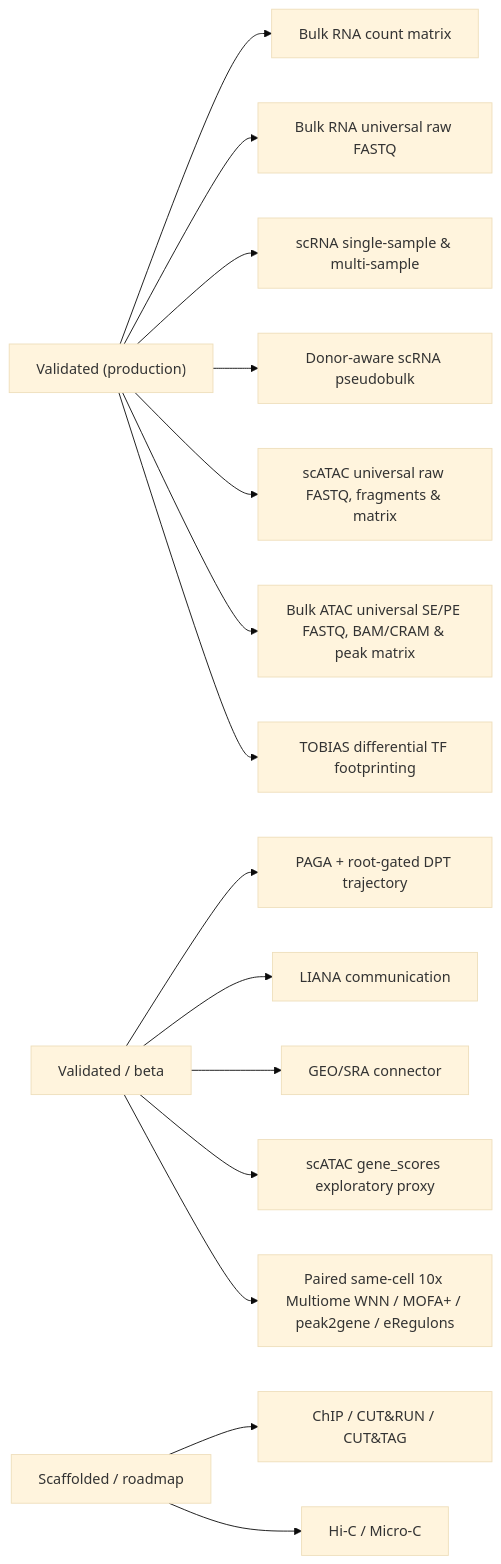
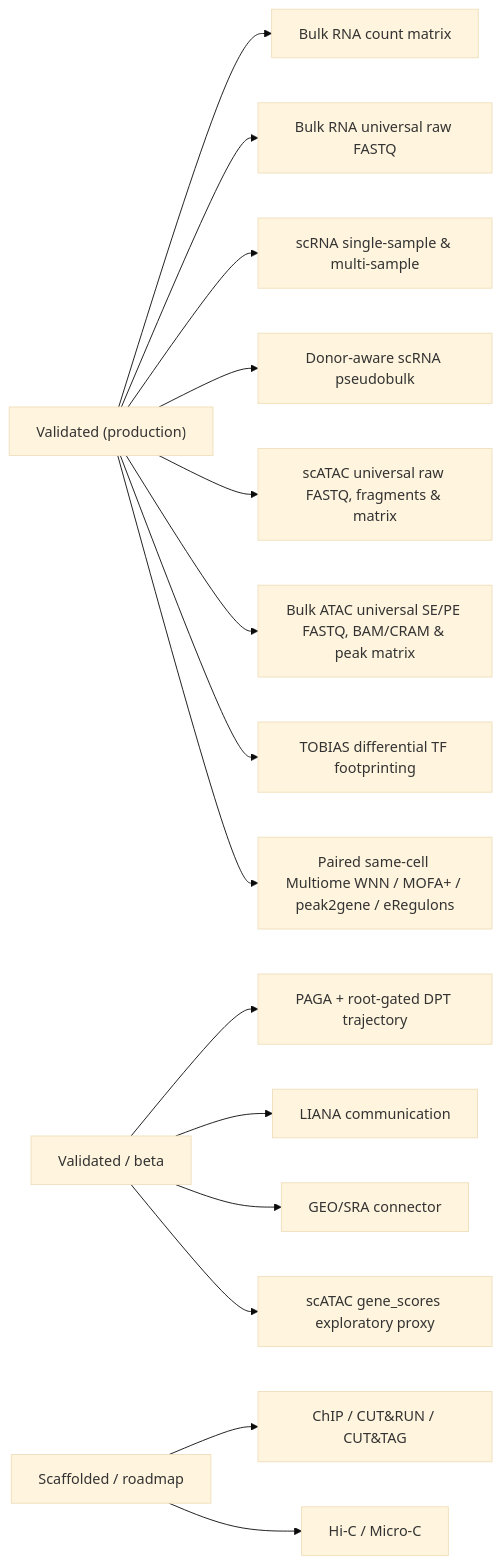
One commit to Olascoaga/aria-omics changed the diagram in docs/diagrams/validation_boundary.mmd. Above: the diagram before and after it, drawn with Mermaid (base theme). The commit also changed 50 other files, not shown here.

```diff
--- a/docs/diagrams/validation_boundary.mmd
+++ b/docs/diagrams/validation_boundary.mmd
@@ -1,15 +1,15 @@
 flowchart LR
     A["Validated (production)"] --> A1[Bulk RNA count matrix]
     A --> A5[Bulk RNA universal raw FASTQ]
     A --> A2[scRNA single-sample & multi-sample]
     A --> A4[Donor-aware scRNA pseudobulk]
     A --> A6[scATAC universal raw FASTQ, fragments & matrix]
     A --> A7[Bulk ATAC universal SE/PE FASTQ, BAM/CRAM & peak matrix]
     A --> A8[TOBIAS differential TF footprinting]
+    A --> A9[Paired same-cell Multiome WNN / MOFA+ / peak2gene / eRegulons]
     B[Validated / beta] --> B2[PAGA + root-gated DPT trajectory]
     B --> B3[LIANA communication]
     B --> B4[GEO/SRA connector]
     B --> B5[scATAC gene_scores exploratory proxy]
-    B --> B7[Paired same-cell 10x Multiome WNN / MOFA+ / peak2gene / eRegulons]
     C[Scaffolded / roadmap] --> C1[ChIP / CUT&RUN / CUT&TAG]
     C --> C2[Hi-C / Micro-C]
```
